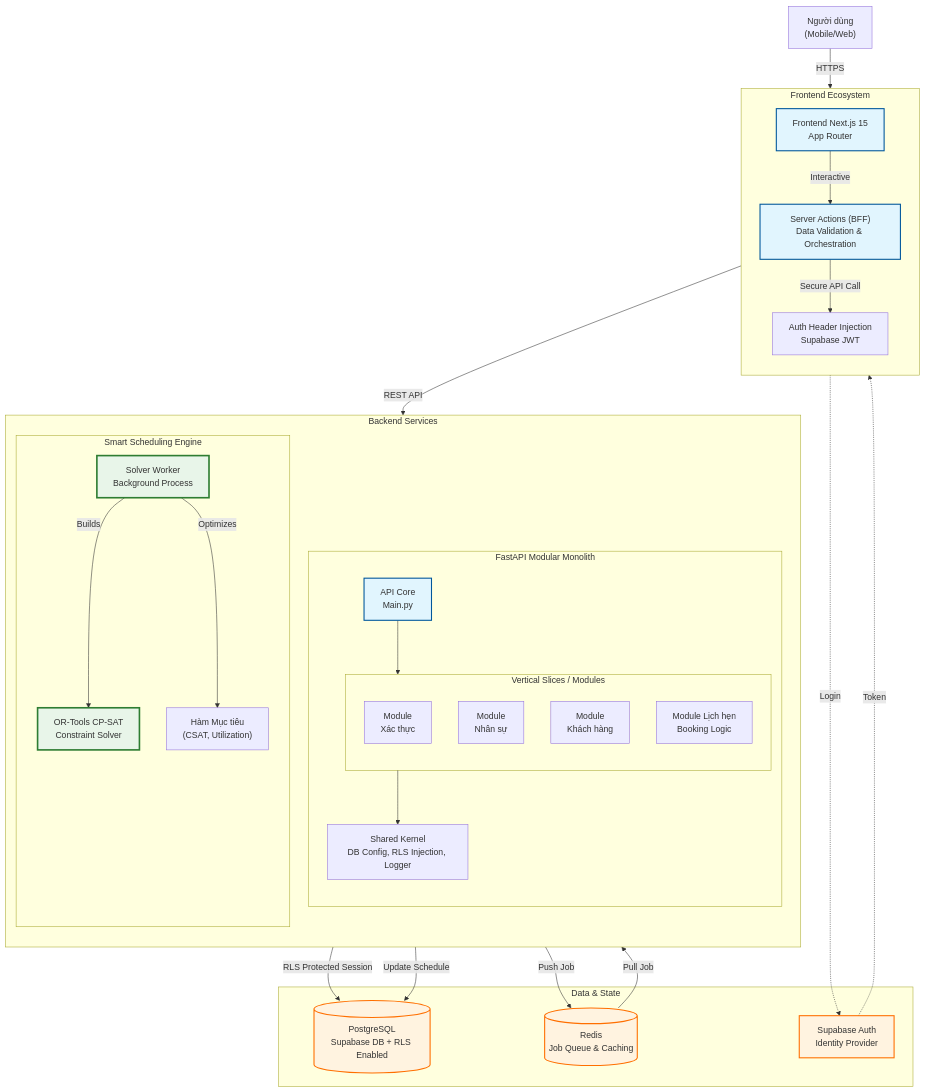
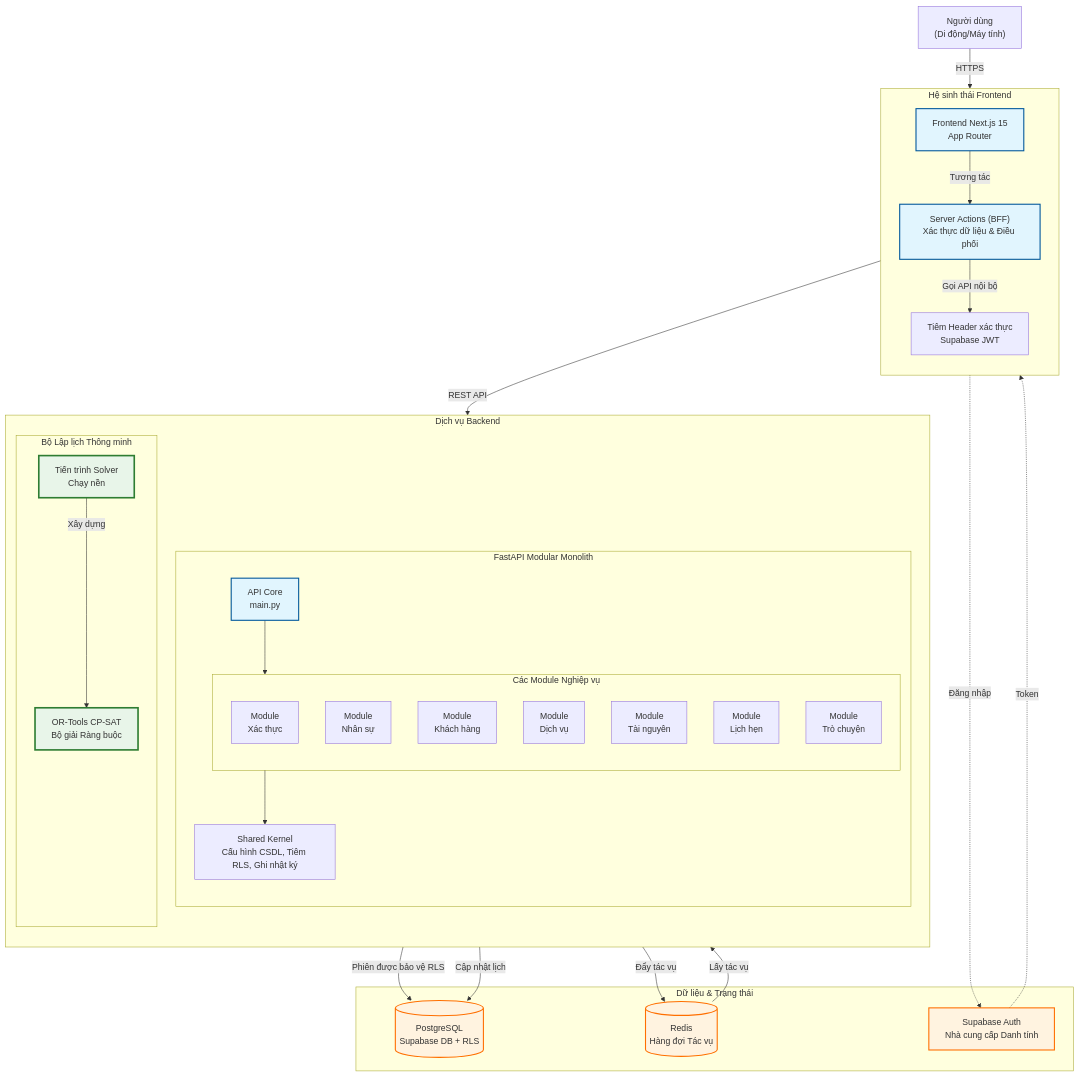
The diagram in docs/design/architecture_v2.md (ngoctinn/Synapse), drawn with Mermaid before and after one commit. The commit also changed other lines of this file and 11 other files, not shown here.

Commit message:
docs: Add initial design documentation, including architecture, UI, use cases, and detailed sequence diagrams for various user flows.

````diff
--- a/docs/design/architecture_v2.md
+++ b/docs/design/architecture_v2.md
@@ -7,77 +9,72 @@
 ```mermaid
 graph TD
-    %% -- User Interaction Layer --
-    User["Người dùng<br>(Mobile/Web)"] -->|HTTPS| NextApp["Frontend Next.js 15<br>App Router"]
+    %% -- Lớp Tương tác Người dùng --
+    User["Người dùng<br>(Di động/Máy tính)"] -->|HTTPS| NextApp["Frontend Next.js 15<br>App Router"]
 
-    %% -- Frontend / BFF Layer --
-    subgraph Frontend_Eco [Frontend Ecosystem]
+    %% -- Lớp Frontend / BFF --
+    subgraph Frontend_Eco [Hệ sinh thái Frontend]
         direction TB
-        NextApp -->|Interactive| ServerActions["Server Actions (BFF)<br>Data Validation & Orchestration"]
+        NextApp -->|Tương tác| ServerActions["Server Actions (BFF)<br>Xác thực dữ liệu & Điều phối"]
 
-        ServerActions -->|Secure API Call| APIGateway["Auth Header Injection<br>Supabase JWT"]
+        ServerActions -->|Gọi API nội bộ| APIGateway["Tiêm Header xác thực<br>Supabase JWT"]
     end
 
-    %% -- Backend Infrastructure --
-    subgraph Backend_Infrastructure [Backend Services]
+    %% -- Hạ tầng Backend --
+    subgraph Backend_Infrastructure [Dịch vụ Backend]
         direction TB
 
-        %% -- Main Monolith --
+        %% -- Khối Modular Monolith --
         subgraph Modular_Monolith ["FastAPI Modular Monolith"]
             direction TB
 
-            API_Core["API Core<br>Main.py"]
+            API_Core["API Core<br>main.py"]
 
-            subgraph Vertical_Slices ["Vertical Slices / Modules"]
+            subgraph Vertical_Slices ["Các Module Nghiệp vụ"]
                 AuthMod["Module<br>Xác thực"]
                 StaffMod["Module<br>Nhân sự"]
                 CustMod["Module<br>Khách hàng"]
-
-                %% -- Critical Component: Booking --
-                BookingMod["Module Lịch hẹn<br>Booking Logic"]
+                ServiceMod["Module<br>Dịch vụ"]
+                ResourceMod["Module<br>Tài nguyên"]
+                BookingMod["Module<br>Lịch hẹn"]
+                ChatMod["Module<br>Trò chuyện"]
             end
 
-            %% -- Infrastructure Layer --
-            Infra["Shared Kernel<br>DB Config, RLS Injection, Logger"]
+            %% -- Lớp Hạ tầng --
+            Infra["Shared Kernel<br>Cấu hình CSDL, Tiêm RLS, Ghi nhật ký"]
 
             API_Core --> Vertical_Slices
             Vertical_Slices --> Infra
         end
 
-        %% -- Smart Engine (New) --
-        subgraph Optimization_Engine ["Smart Scheduling Engine"]
-            SolverWorker["Solver Worker<br>Background Process"]
-            CSP_Model["OR-Tools CP-SAT<br>Constraint Solver"]
+        %% -- Bộ Lập lịch Thông minh --
+        subgraph Optimization_Engine ["Bộ Lập lịch Thông minh"]
+            SolverWorker["Tiến trình Solver<br>Chạy nền"]
+            CSP_Model["OR-Tools CP-SAT<br>Bộ giải Ràng buộc"]
 
-            SolverWorker -->|Builds| CSP_Model
-            SolverWorker -->|Optimizes| Objectives["Hàm Mục tiêu<br>(CSAT, Utilization)"]
+            SolverWorker -->|Xây dựng| CSP_Model
         end
     end
 
-    %% -- Data Persistence & Messaging --
-    subgraph Data_Layer [Data & State]
-        PG[("PostgreSQL<br>Supabase DB + RLS Enabled")]
-        Redis[("Redis<br>Job Queue & Caching")]
-        SupabaseAuth["Supabase Auth<br>Identity Provider"]
+    %% -- Lớp Lưu trữ Dữ liệu --
+    subgraph Data_Layer [Dữ liệu & Trạng thái]
+        PG[("PostgreSQL<br>Supabase DB + RLS")]
+        Redis[("Redis<br>Hàng đợi Tác vụ")]
+        SupabaseAuth["Supabase Auth<br>Nhà cung cấp Danh tính"]
     end
 
-    %% -- Relationships --
-
-    %% BFF to Backend
+    %% -- Kết nối --
     ServerActions -->|REST API| API_Core
 
-    %% Auth Flow
-    Frontend_Eco -.->|Login| SupabaseAuth
+    Frontend_Eco -.->|Đăng nhập| SupabaseAuth
     SupabaseAuth -.->|Token| Frontend_Eco
 
-    %% Database Interaction
-    Infra -->|RLS Protected Session| PG
+    Infra -->|Phiên được bảo vệ RLS| PG
 
-    %% Smart Scheduling Flow (Critical Update)
-    BookingMod -->|Push Job| Redis
-    Redis -->|Pull Job| SolverWorker
-    SolverWorker -->|Update Schedule| PG
+    BookingMod -->|Đẩy tác vụ| Redis
+    Redis -->|Lấy tác vụ| SolverWorker
+    SolverWorker -->|Cập nhật lịch| PG
 
-    %% Styling
+    %% -- Định kiểu --
     classDef primary fill:#e1f5fe,stroke:#01579b,stroke-width:2px;
     classDef component fill:#fff,stroke:#333,stroke-width:1px;
     classDef storage fill:#fff3e0,stroke:#ff6f00,stroke-width:2px;
````
